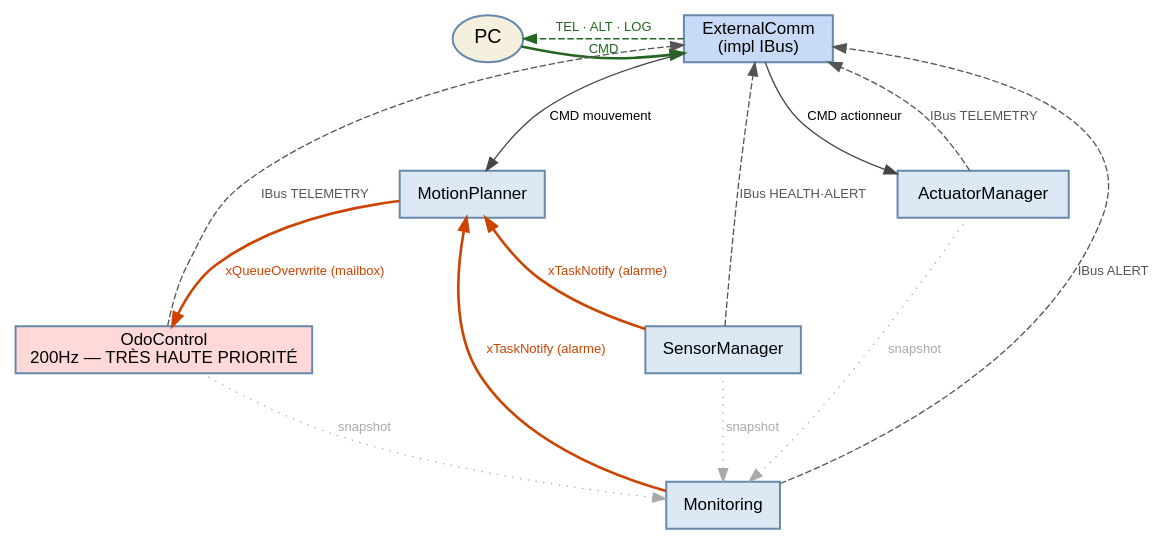
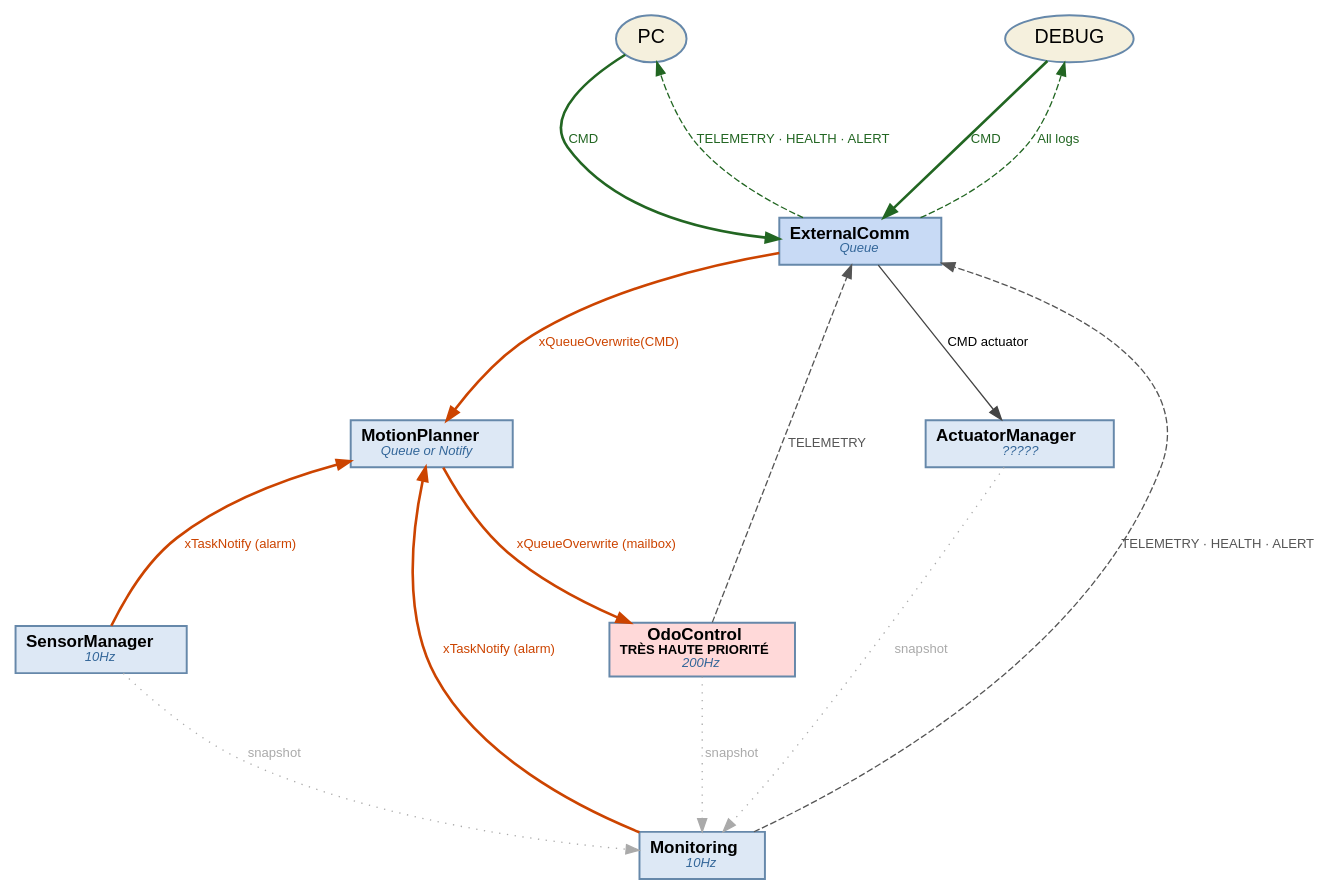
The first of 2 diagrams in _bmad-output/planning-artifacts/architecture.md (Soupalognon/Wall-A-Software), drawn with Graphviz before and after one commit. The commit also changed other lines of this file and 7 other files, not shown here.

````diff
--- a/_bmad-output/planning-artifacts/architecture.md
+++ b/_bmad-output/planning-artifacts/architecture.md
@@ -611,41 +609,43 @@
 ```dot
 digraph G {
     rankdir=TB
-    nodesep=0.7
-    ranksep=1.0
+    nodesep=1.0
+    ranksep=1.5
     fontname="Helvetica"
     node [fontname="Helvetica" fontsize=13 style=filled shape=box fillcolor="#dde8f5" color="#6688aa" penwidth=1.5]
     edge [fontname="Helvetica" fontsize=10 color="#444444"]
 
     PC         [shape=ellipse fillcolor="#f5f0dd" label="PC" fontsize=15]
-    ExtComm    [label="ExternalComm\n(impl IBus)" fillcolor="#c8daf5"]
-    MoPlan     [label="MotionPlanner"]
-    OdoCtrl    [label="OdoControl\n200Hz — TRÈS HAUTE PRIORITÉ" fillcolor="#ffd9d9"]
-    SenMgr     [label="SensorManager"]
-    ActMgr     [label="ActuatorManager"]
-    Monitoring [label="Monitoring"]
+    DEBUG      [shape=ellipse fillcolor="#f5f0dd" label="DEBUG" fontsize=15]
+    ExtComm    [label=<<B>ExternalComm</B><BR/><I><FONT POINT-SIZE="10" COLOR="#336699">Queue</FONT></I>> fillcolor="#c8daf5"]
+    MoPlan     [label=<<B>MotionPlanner</B><BR/><I><FONT POINT-SIZE="10" COLOR="#336699">Queue or Notify</FONT></I>>]
+    OdoCtrl    [label=<<B>OdoControl<BR/><FONT POINT-SIZE="10">TRÈS HAUTE PRIORITÉ</FONT><BR/></B><I><FONT POINT-SIZE="10" COLOR="#336699">200Hz</FONT></I>> fillcolor="#ffd9d9"]
+    SenMgr     [label=<<B>SensorManager</B><BR/><I><FONT POINT-SIZE="10" COLOR="#336699">10Hz</FONT></I>>]
+    ActMgr     [label=<<B>ActuatorManager</B><BR/><I><FONT POINT-SIZE="10" COLOR="#336699">?????</FONT></I>>]
+    Monitoring [label=<<B>Monitoring</B><BR/><I><FONT POINT-SIZE="10" COLOR="#336699">10Hz</FONT></I>>]
 
-    { rank=same; PC; ExtComm }
+    { rank=same; PC; DEBUG }
+    { rank=same; ExtComm }
     { rank=same; MoPlan; ActMgr }
     { rank=same; OdoCtrl; SenMgr }
 
     PC -> ExtComm    [label="CMD" color="#226622" fontcolor="#226622" style=bold]
-    ExtComm -> PC    [label="TEL · ALT · LOG" color="#226622" fontcolor="#226622" style=dashed]
+    ExtComm -> PC    [label="TELEMETRY · HEALTH · ALERT" color="#226622" fontcolor="#226622" style=dashed]
+    DEBUG -> ExtComm    [label="CMD" color="#226622" fontcolor="#226622" style=bold]
+    ExtComm -> DEBUG    [label="All logs" color="#226622" fontcolor="#226622" style=dashed]
 
-    ExtComm -> MoPlan  [label="CMD mouvement"]
-    ExtComm -> ActMgr  [label="CMD actionneur"]
+    ExtComm -> ActMgr  [label="CMD actuator"]
 
+    ExtComm -> MoPlan  [label="xQueueOverwrite(CMD)" color="#cc4400" fontcolor="#cc4400" penwidth=2]
     MoPlan  -> OdoCtrl [label="xQueueOverwrite (mailbox)" color="#cc4400" fontcolor="#cc4400" penwidth=2]
-    SenMgr  -> MoPlan  [label="xTaskNotify (alarme)" color="#cc4400" fontcolor="#cc4400" penwidth=2]
-    Monitoring  -> MoPlan  [label="xTaskNotify (alarme)" color="#cc4400" fontcolor="#cc4400" penwidth=2]
+    SenMgr  -> MoPlan  [label="xTaskNotify (alarm)" color="#cc4400" fontcolor="#cc4400" penwidth=2]
+    Monitoring  -> MoPlan  [label="xTaskNotify (alarm)" color="#cc4400" fontcolor="#cc4400" penwidth=2]
 
-    OdoCtrl    -> ExtComm [label="IBus TELEMETRY" style=dashed color="#555555" fontcolor="#555555"]
-    SenMgr     -> ExtComm [label="IBus HEALTH·ALERT" style=dashed color="#555555" fontcolor="#555555"]
-    ActMgr     -> ExtComm [label="IBus TELEMETRY" style=dashed color="#555555" fontcolor="#555555"]
-    Monitoring -> ExtComm [label="IBus ALERT" style=dashed color="#555555" fontcolor="#555555"]
+    OdoCtrl    -> ExtComm [label="TELEMETRY" style=dashed color="#555555" fontcolor="#555555"]
+    Monitoring -> ExtComm [label="TELEMETRY · HEALTH · ALERT" style=dashed color="#555555" fontcolor="#555555"]
 
     OdoCtrl -> Monitoring [label="snapshot" style=dotted color="#aaaaaa" fontcolor="#aaaaaa"]
     SenMgr  -> Monitoring [label="snapshot" style=dotted color="#aaaaaa" fontcolor="#aaaaaa"]
     ActMgr -> Monitoring [label="snapshot" style=dotted color="#aaaaaa" fontcolor="#aaaaaa"]
 }
 ```
````
